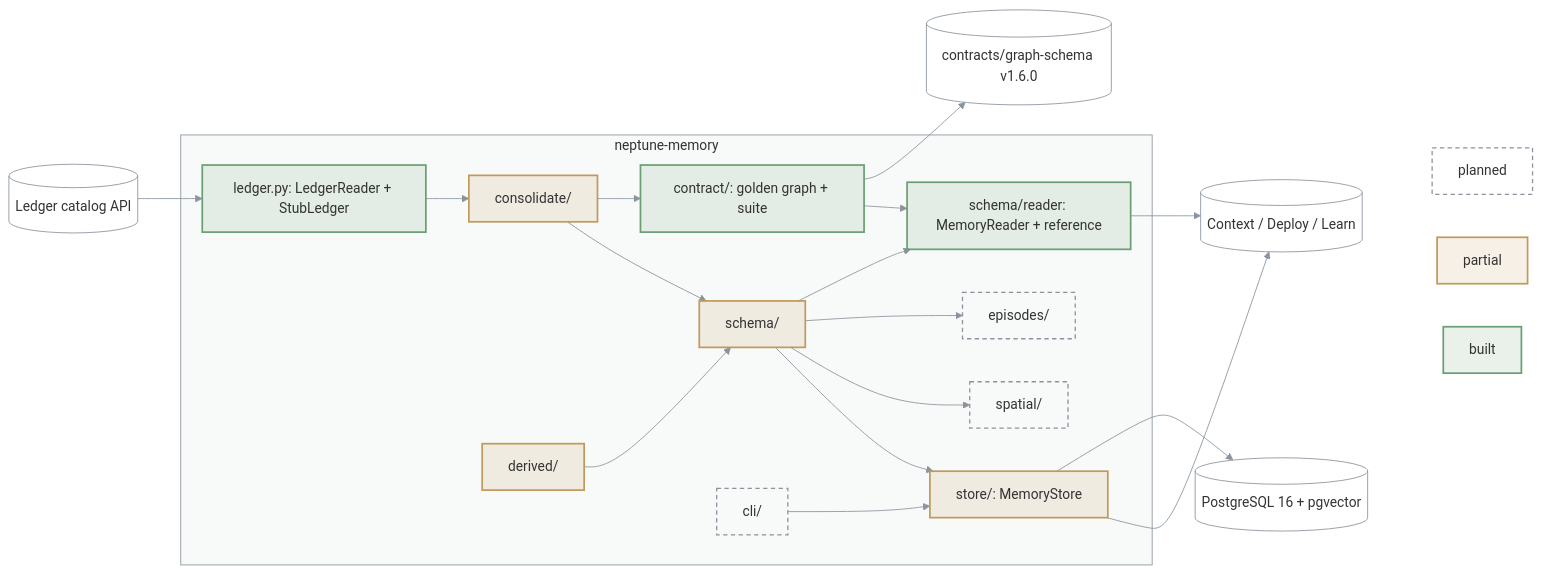
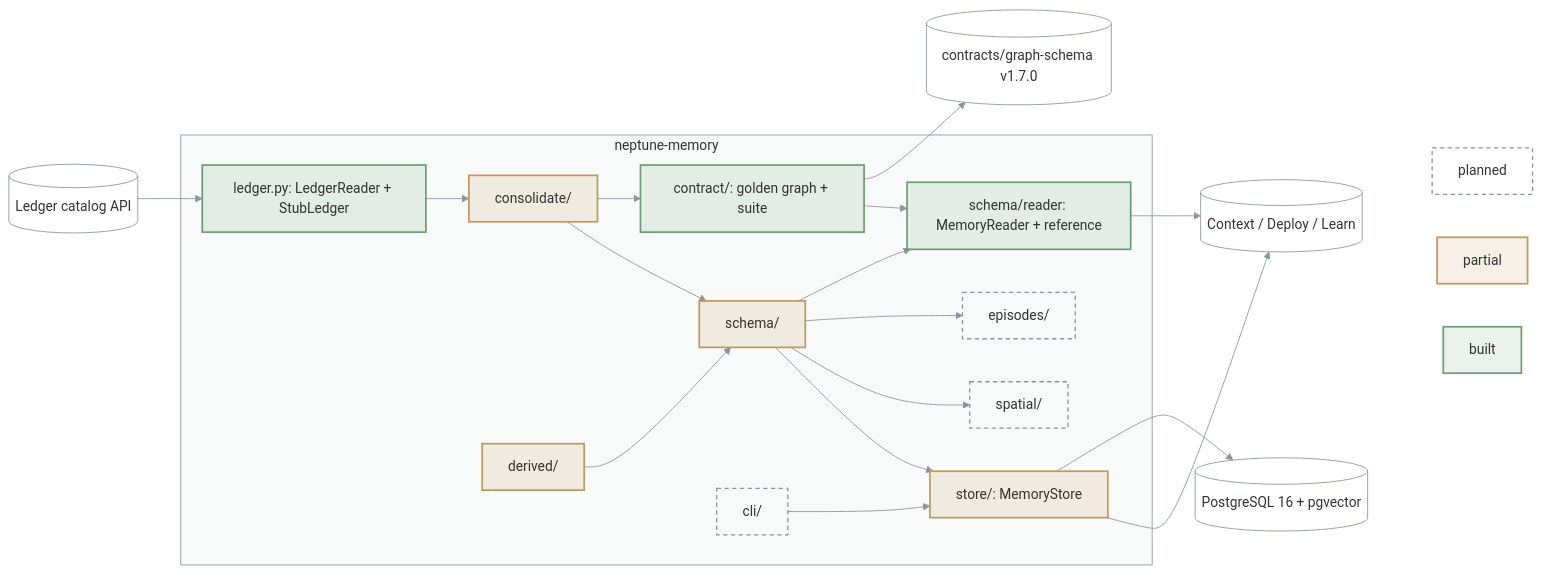
The diagram in packages/neptune-memory/ARCHITECTURE.md (bennytay/neptune), drawn with Mermaid before and after one commit. The commit also changed 31 other files, not shown here.

````diff
--- a/packages/neptune-memory/ARCHITECTURE.md
+++ b/packages/neptune-memory/ARCHITECTURE.md
@@ -3,48 +3,48 @@
 ```mermaid
 flowchart LR
   LED[("Ledger catalog API")]
   PG[("PostgreSQL 16 + pgvector")]
   subgraph M["neptune-memory"]
     SEAM["ledger.py: LedgerReader + StubLedger"]
     CON["consolidate/"]
     DER["derived/"]
     SCH["schema/"]
     RD["schema/reader: MemoryReader + reference"]
     CT["contract/: golden graph + suite"]
     STO["store/: MemoryStore"]
     SPA["spatial/"]
     EPI["episodes/"]
     CLI["cli/"]
   end
   OUT[("Context / Deploy / Learn")]
   LED --> SEAM --> CON --> SCH --> STO
   DER --> SCH
   SCH --> SPA & EPI
   SCH --> RD --> OUT
   CON --> CT --> RD
-  CT --> REG[("contracts/graph-schema v1.6.0")]
+  CT --> REG[("contracts/graph-schema v1.7.0")]
   STO --> OUT
   CLI --> STO
   STO --> PG
 
   subgraph KEY[" "]
     K1["built"]
     K2["partial"]
     K3["planned"]
   end
   OUT ~~~ K1 & K2 & K3
 
   classDef built fill:#6a9f7426,stroke:#6a9f74,stroke-width:2px
   classDef partial fill:#c09a5b26,stroke:#c09a5b,stroke-width:2px
   classDef todo fill:none,stroke:#8b949e,stroke-width:1.5px,stroke-dasharray:5 4
   classDef ext fill:none,stroke:#8b949e,stroke-width:1px
   class K1 built
   class K2 partial
   class SPA,EPI,CLI,K3 todo
   class CON,DER,SCH,STO partial
   class SEAM,RD,CT built
   class LED,OUT,PG,REG ext
   style M fill:#8b949e0f,stroke:#8b949e
   style KEY fill:none,stroke:none
   linkStyle default stroke:#8b949e
 ```
````
